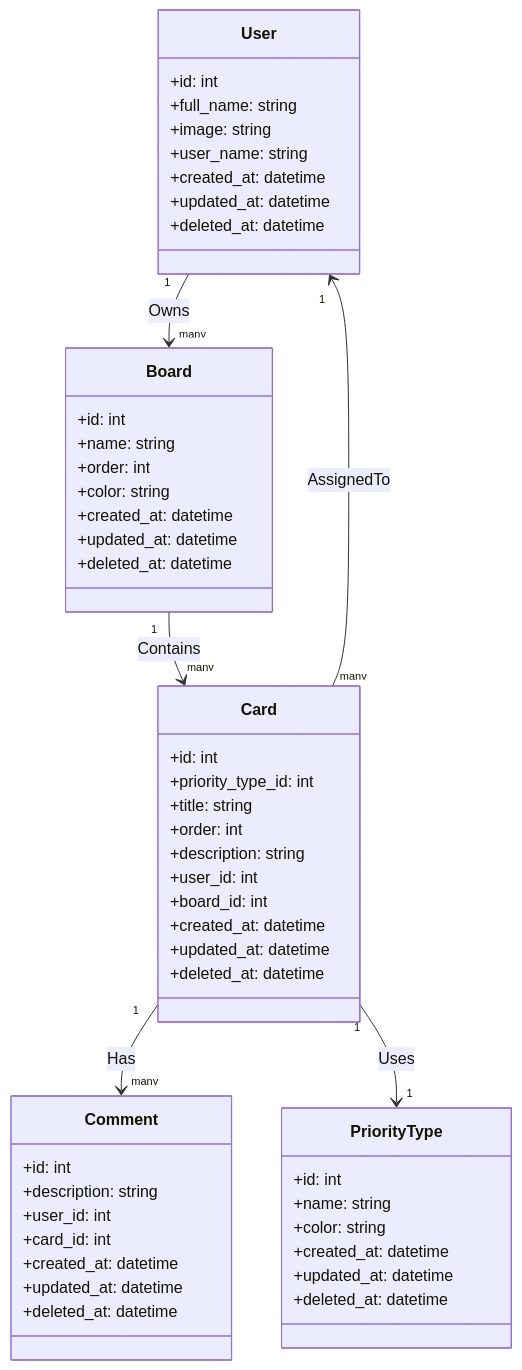
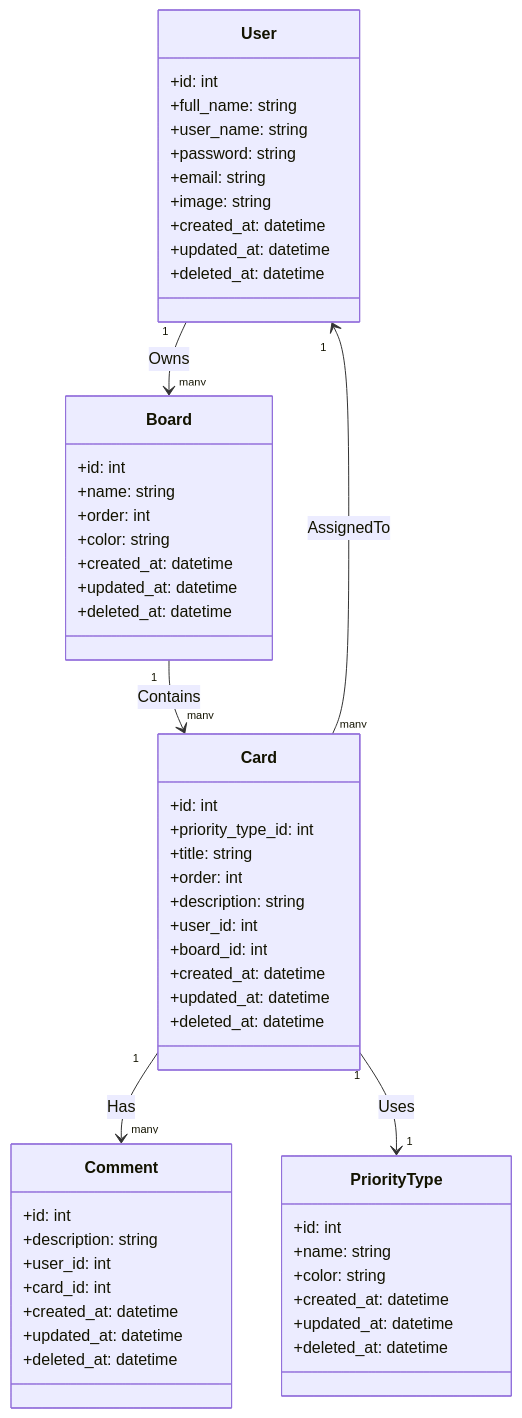
The diagram in README.md (tiagolimar/trolle), drawn with Mermaid before and after one commit. The commit also changed 11 other files, not shown here.

````diff
--- a/README.md
+++ b/README.md
@@ -45,60 +45,62 @@
 ```mermaid
 classDiagram
     class User {
         +id: int
         +full_name: string
+        +user_name: string
+        +password: string
+        +email: string
         +image: string
-        +user_name: string
         +created_at: datetime
         +updated_at: datetime
         +deleted_at: datetime
     }
 
     class Board {
         +id: int
         +name: string
         +order: int
         +color: string
         +created_at: datetime
         +updated_at: datetime
         +deleted_at: datetime
     }
 
     class Card {
         +id: int
         +priority_type_id: int
         +title: string
         +order: int
         +description: string
         +user_id: int
         +board_id: int
         +created_at: datetime
         +updated_at: datetime
         +deleted_at: datetime
     }
 
     class Comment {
         +id: int
         +description: string
         +user_id: int
         +card_id: int
         +created_at: datetime
         +updated_at: datetime
         +deleted_at: datetime
     }
 
     class PriorityType {
         +id: int
         +name: string
         +color: string
         +created_at: datetime
         +updated_at: datetime
         +deleted_at: datetime
     }
 
     User "1" --> "many" Board : Owns
     Board "1" --> "many" Card : Contains
     Card "1" --> "many" Comment : Has
     Card "1" --> "1" PriorityType : Uses
     Card "many" --> "1" User : AssignedTo
 ```
````
